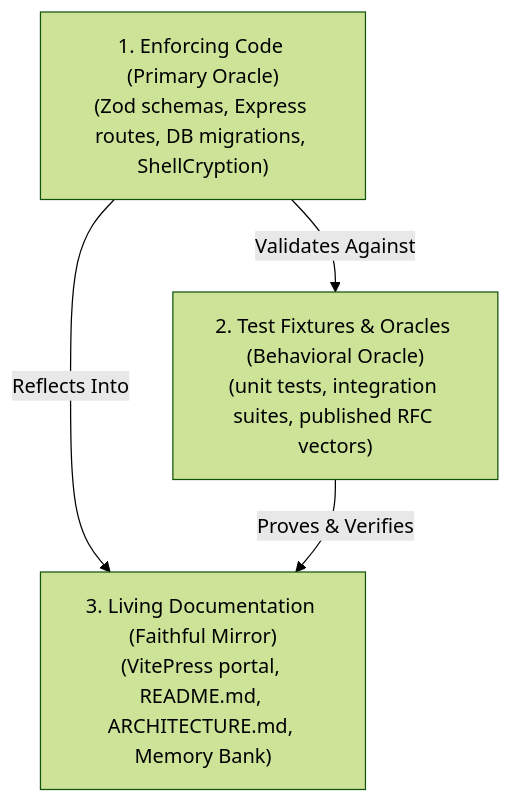
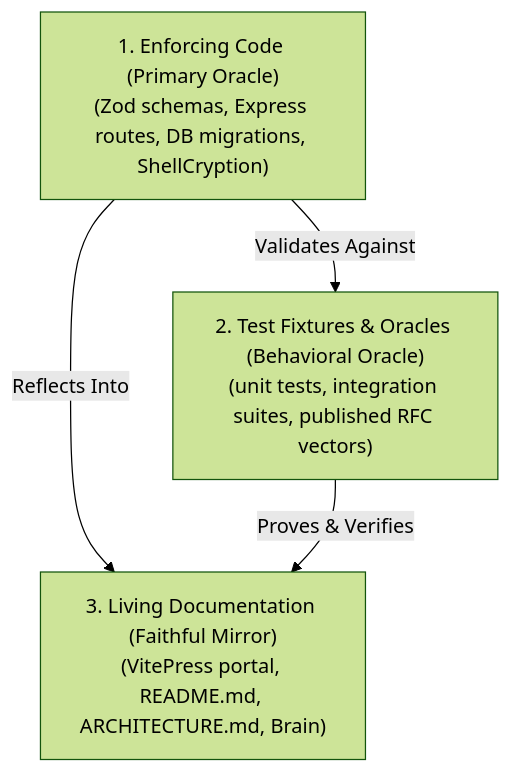
Before and after one commit to ClawStackStudios/ShellGuard: the first of 2 diagrams in .agents/skills/doc-automation.md, drawn with Mermaid (forest theme). The commit also changed other lines of this file and 50 other files, not shown here.

First line of the commit message:
refactor(brain): migrate to antigravity brain architecture

````diff
--- a/.agents/skills/doc-automation.md
+++ b/.agents/skills/doc-automation.md
@@ -31,10 +31,10 @@
 ```mermaid
 flowchart TD
     Code["1. Enforcing Code (Primary Oracle)\n(Zod schemas, Express routes, DB migrations, ShellCryption)"]
     Tests["2. Test Fixtures & Oracles (Behavioral Oracle)\n(unit tests, integration suites, published RFC vectors)"]
-    Docs["3. Living Documentation (Faithful Mirror)\n(VitePress portal, README.md, ARCHITECTURE.md, Memory Bank)"]
+    Docs["3. Living Documentation (Faithful Mirror)\n(VitePress portal, README.md, ARCHITECTURE.md, Brain)"]
 
     Code -->|Validates Against| Tests
     Code -->|Reflects Into| Docs
     Tests -->|Proves & Verifies| Docs
 ```
````
